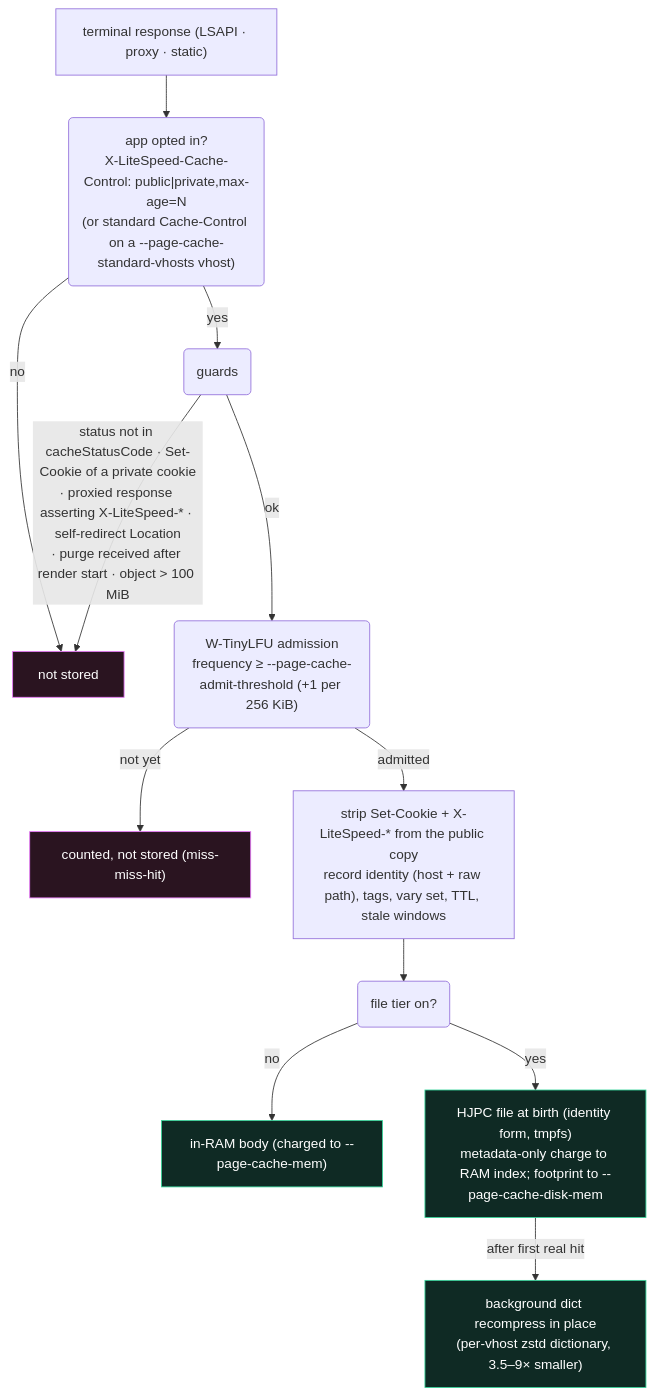
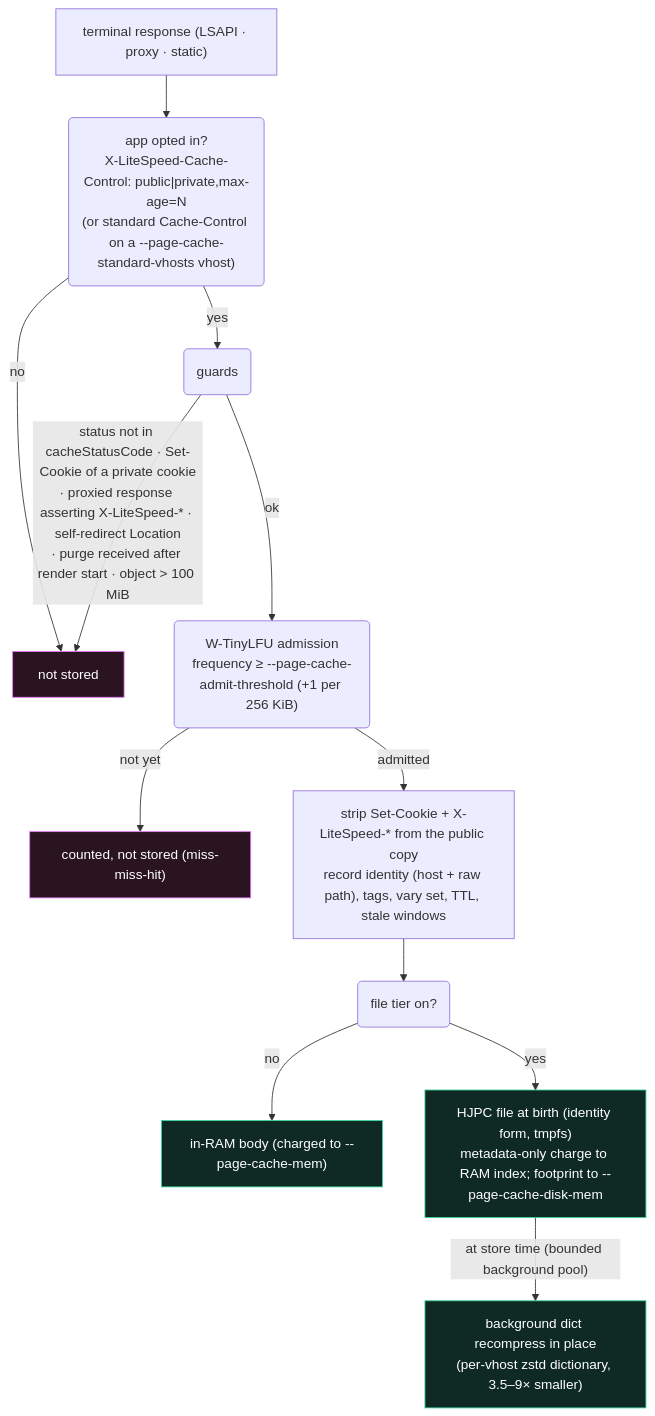
The diagram in docs-src/diagrams/cache-store.mmd (faratech/httpjet-site), drawn with Mermaid before and after one commit. The commit also changed 129 other files, not shown here.

```diff
--- a/docs-src/diagrams/cache-store.mmd
+++ b/docs-src/diagrams/cache-store.mmd
@@ -1,15 +1,15 @@
 flowchart TB
   classDef bad fill:#2a1420,stroke:#e879f9,color:#fff
   classDef ok fill:#0f2a24,stroke:#34d399,color:#fff
   A["terminal response (LSAPI · proxy · static)"] --> B("app opted in?<br/>X-LiteSpeed-Cache-Control: public|private,max-age=N<br/>(or standard Cache-Control on a --page-cache-standard-vhosts vhost)")
   B -- no --> N["not stored"]:::bad
   B -- yes --> C("guards")
   C -- "status not in cacheStatusCode · Set-Cookie of a private cookie<br/>· proxied response asserting X-LiteSpeed-* · self-redirect Location<br/>· purge received after render start · object > 100 MiB" --> N
   C -- ok --> D("W-TinyLFU admission<br/>frequency ≥ --page-cache-admit-threshold (+1 per 256 KiB)")
   D -- "not yet" --> N2["counted, not stored (miss-miss-hit)"]:::bad
   D -- admitted --> E["strip Set-Cookie + X-LiteSpeed-* from the public copy<br/>record identity (host + raw path), tags, vary set, TTL, stale windows"]
   E --> F("file tier on?")
   F -- no --> G["in-RAM body (charged to --page-cache-mem)"]:::ok
   F -- yes --> H["HJPC file at birth (identity form, tmpfs)<br/>metadata-only charge to RAM index; footprint to --page-cache-disk-mem"]:::ok
-  H -- "after first real hit" --> I["background dict recompress in place<br/>(per-vhost zstd dictionary, 3.5–9× smaller)"]:::ok
+  H -- "at store time (bounded background pool)" --> I["background dict recompress in place<br/>(per-vhost zstd dictionary, 3.5–9× smaller)"]:::ok
   click D "page-cache.html#admission"
```
